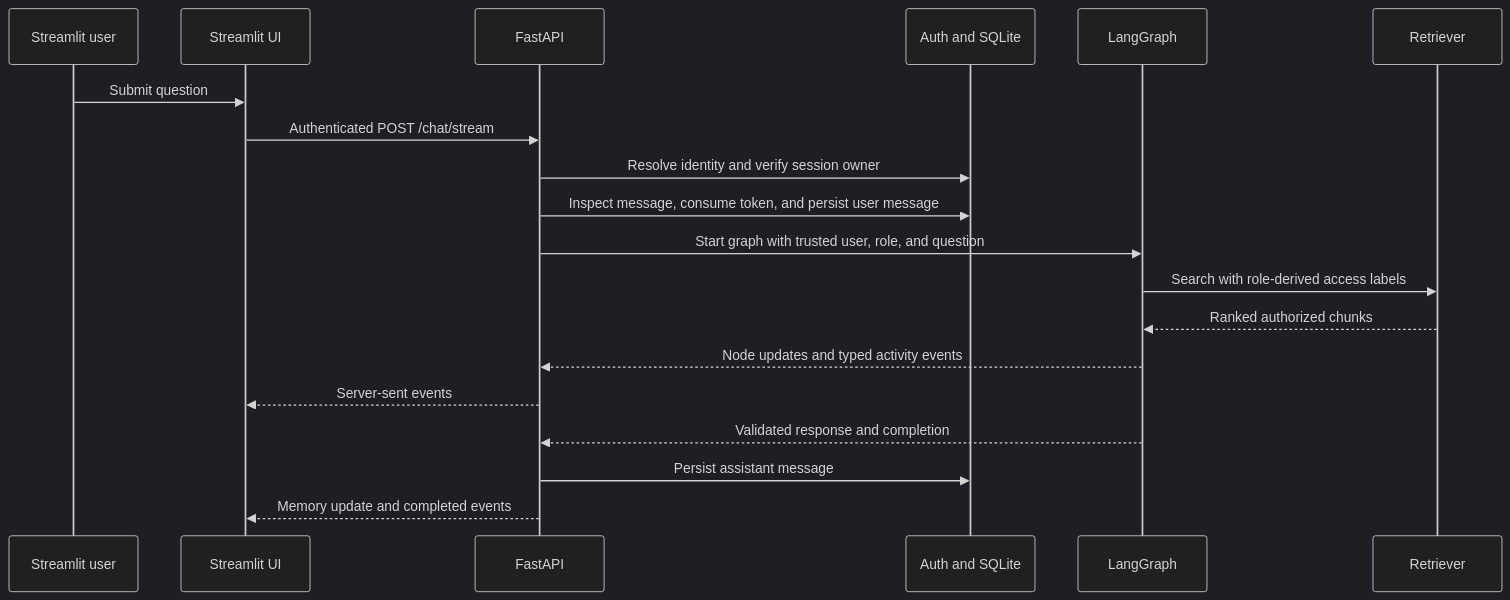
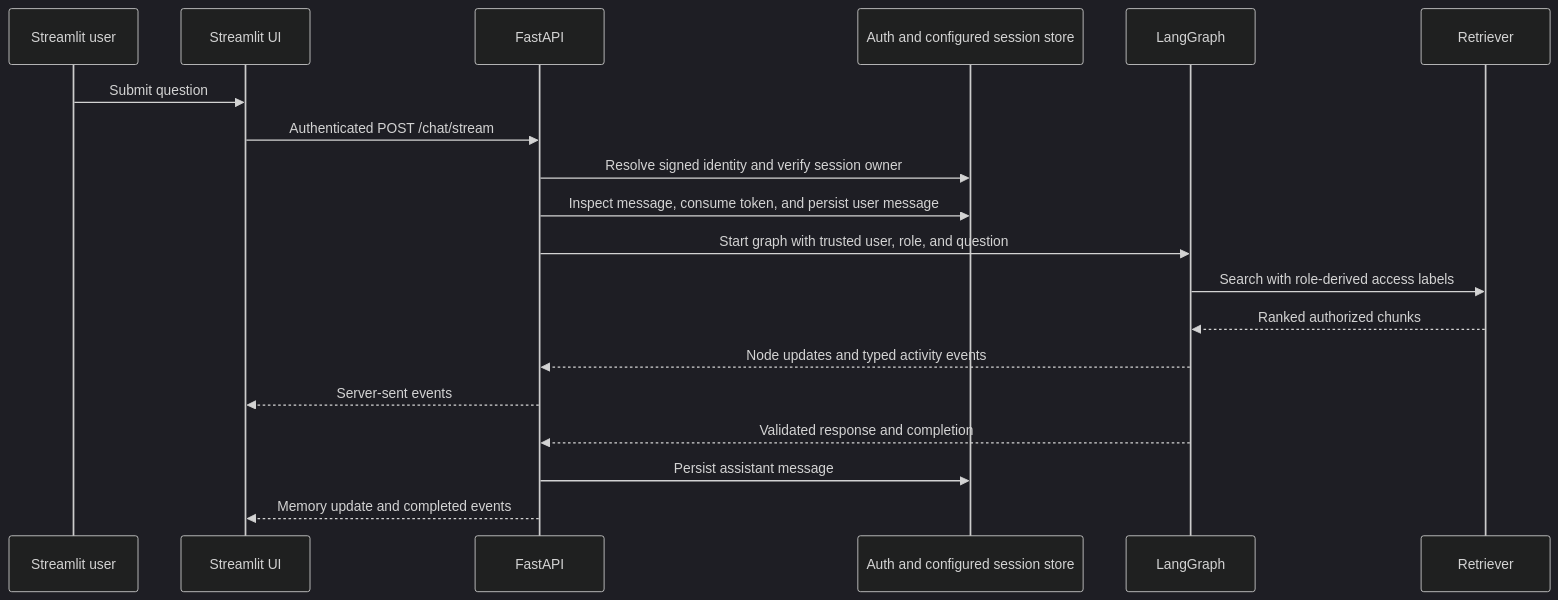
One commit to Thavarshan/enterprise-knowledge-assistant changed the second of 2 diagrams in docs/architecture.md. Above: the diagram before and after it, drawn with Mermaid (dark theme). The commit also changed other lines of this file and 11 other files, not shown here.

````diff
--- a/docs/architecture.md
+++ b/docs/architecture.md
@@ -82,21 +86,21 @@
 ```mermaid
 sequenceDiagram
   participant U as Streamlit user
   participant UI as Streamlit UI
   participant API as FastAPI
-  participant S as Auth and SQLite
+  participant S as Auth and configured session store
   participant G as LangGraph
   participant R as Retriever
   U->>UI: Submit question
   UI->>API: Authenticated POST /chat/stream
-  API->>S: Resolve identity and verify session owner
+  API->>S: Resolve signed identity and verify session owner
   API->>S: Inspect message, consume token, and persist user message
   API->>G: Start graph with trusted user, role, and question
   G->>R: Search with role-derived access labels
   R-->>G: Ranked authorized chunks
   G-->>API: Node updates and typed activity events
   API-->>UI: Server-sent events
   G-->>API: Validated response and completion
   API->>S: Persist assistant message
   API-->>UI: Memory update and completed events
 ```
````
